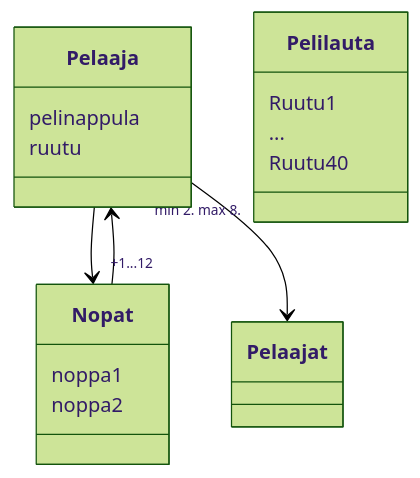
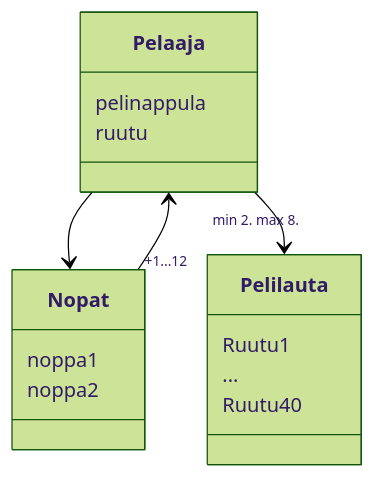
Before and after one commit to alumppio/ot-harjoitustyo: the diagram in laskarit/viikko3/monopoli.md, drawn with Mermaid (forest theme).

Commit message:
monopoli.md

````diff
--- a/laskarit/viikko3/monopoli.md
+++ b/laskarit/viikko3/monopoli.md
@@ -3,26 +3,26 @@
 ```mermaid 
 
   classDiagram
       Pelaaja --> Nopat
       Nopat "+1...12" --> Pelaaja
-      Pelaaja "min 2. max 8." --> Pelaajat
+      Pelaaja "min 2. max 8." --> Pelilauta
 
     class Pelilauta{
         Ruutu1
         ...
         Ruutu40
 
     }
 
     class Nopat{
         noppa1
         noppa2
     }
 
 
       class Pelaaja{
           pelinappula
           ruutu
       }    
 
 ```
````
